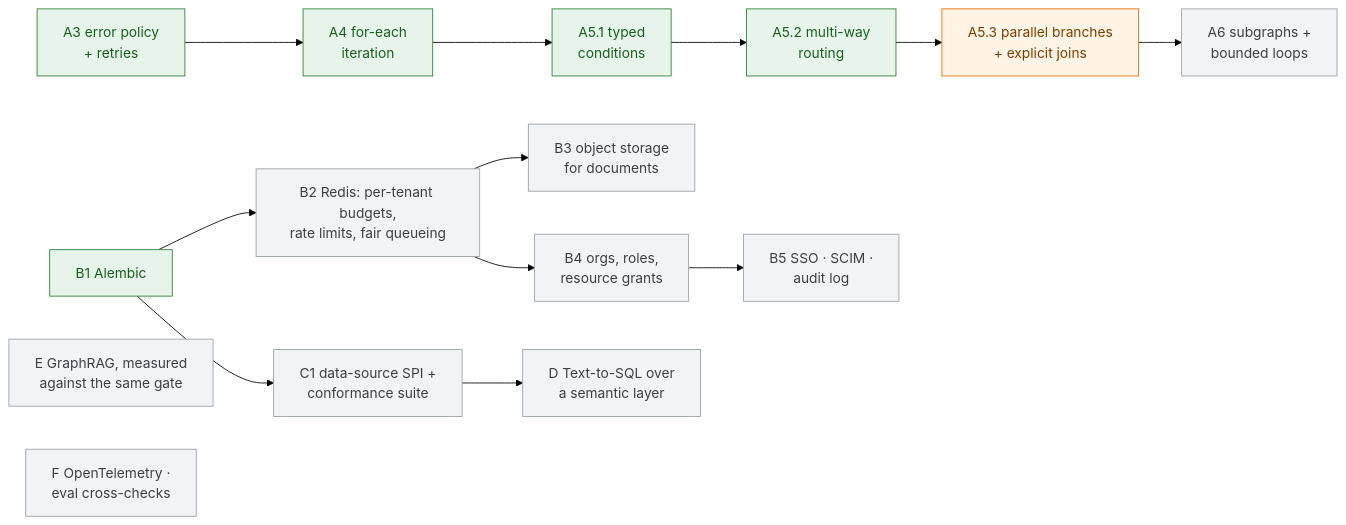
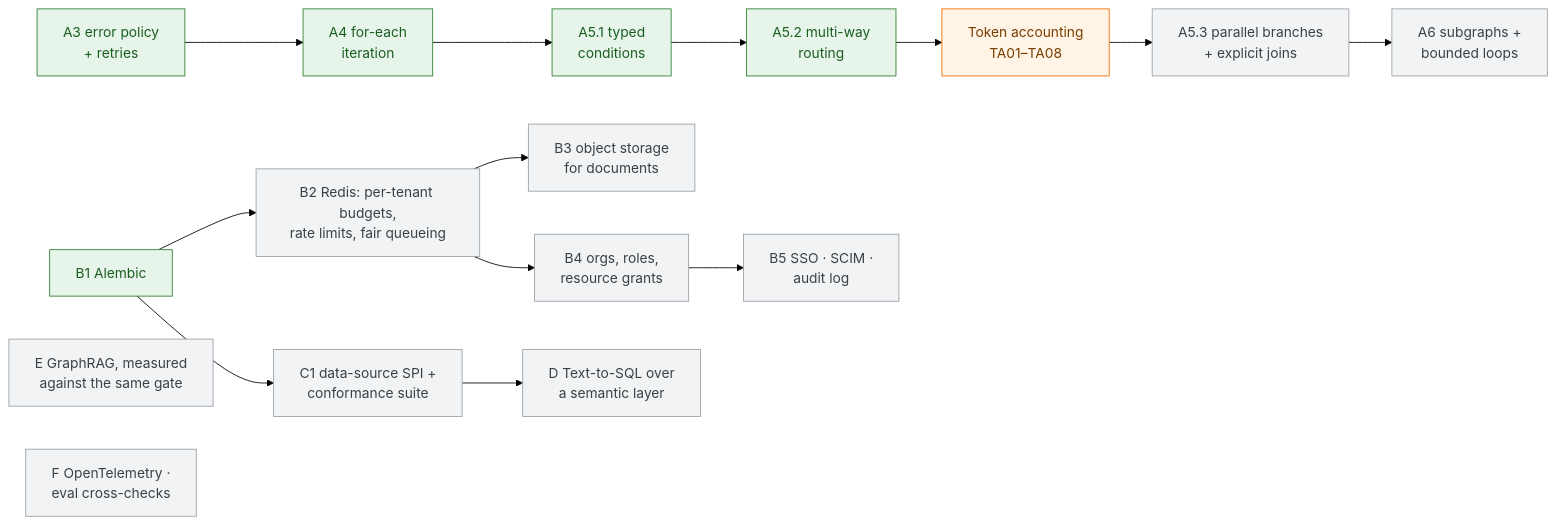
The seventh of 7 diagrams in README.md (SoumithReddy6/Enterprise-No-Code-Agentic-AI-Workflow-Platform), drawn with Mermaid (forest theme) before and after one commit. The commit also changed other lines of this file and 5 other files, not shown here.

First line of the commit message:
Refresh README numbers; add token accounting and source checks

````diff
--- a/README.md
+++ b/README.md
@@ -425,15 +436,15 @@
 ```mermaid
 flowchart LR
     classDef done fill:#e6f4ea,stroke:#2e7d32,color:#1b5e20
     classDef next fill:#fff4e5,stroke:#ef6c00,color:#7a3e00
     classDef later fill:#f1f3f4,stroke:#9aa0a6,color:#3c4043
 
     A3["A3 error policy<br/>+ retries"]:::done --> A4["A4 for-each<br/>iteration"]:::done --> A51["A5.1 typed<br/>conditions"]:::done
-    A51 --> A52["A5.2 multi-way<br/>routing"]:::done --> A53["A5.3 parallel branches<br/>+ explicit joins"]:::next --> A6["A6 subgraphs +<br/>bounded loops"]:::later
+    A51 --> A52["A5.2 multi-way<br/>routing"]:::done --> TA["Token accounting<br/>TA01–TA08"]:::next --> A53["A5.3 parallel branches<br/>+ explicit joins"]:::later --> A6["A6 subgraphs +<br/>bounded loops"]:::later
     B1["B1 Alembic"]:::done --> B2["B2 Redis: per-tenant budgets,<br/>rate limits, fair queueing"]:::later
     B2 --> B3["B3 object storage<br/>for documents"]:::later
     B2 --> B4["B4 orgs, roles,<br/>resource grants"]:::later --> B5["B5 SSO · SCIM ·<br/>audit log"]:::later
     B1 --> C1["C1 data-source SPI +<br/>conformance suite"]:::later --> D["D Text-to-SQL over<br/>a semantic layer"]:::later
     E["E GraphRAG, measured<br/>against the same gate"]:::later
     F["F OpenTelemetry ·<br/>eval cross-checks"]:::later
 ```
````
